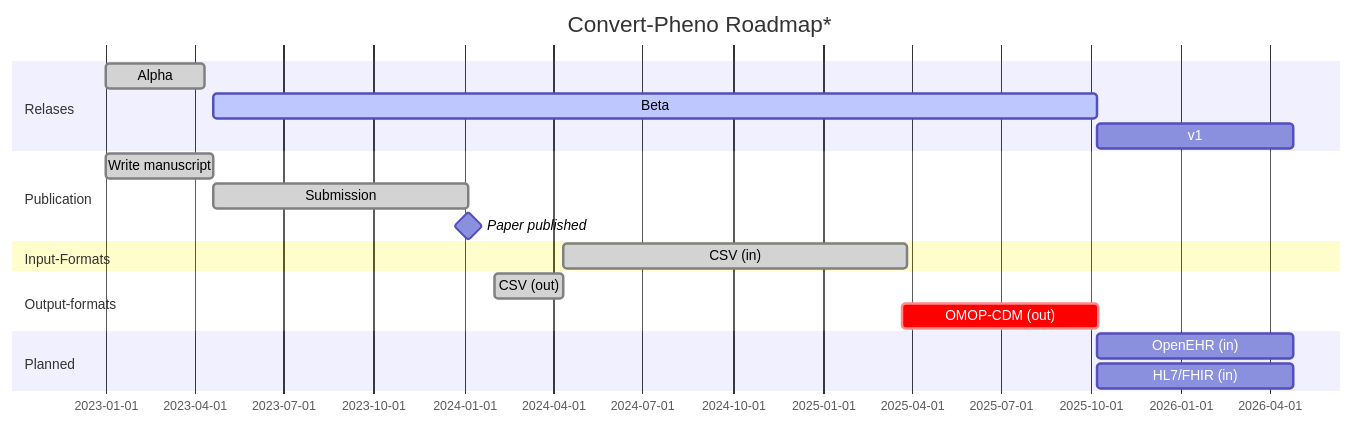
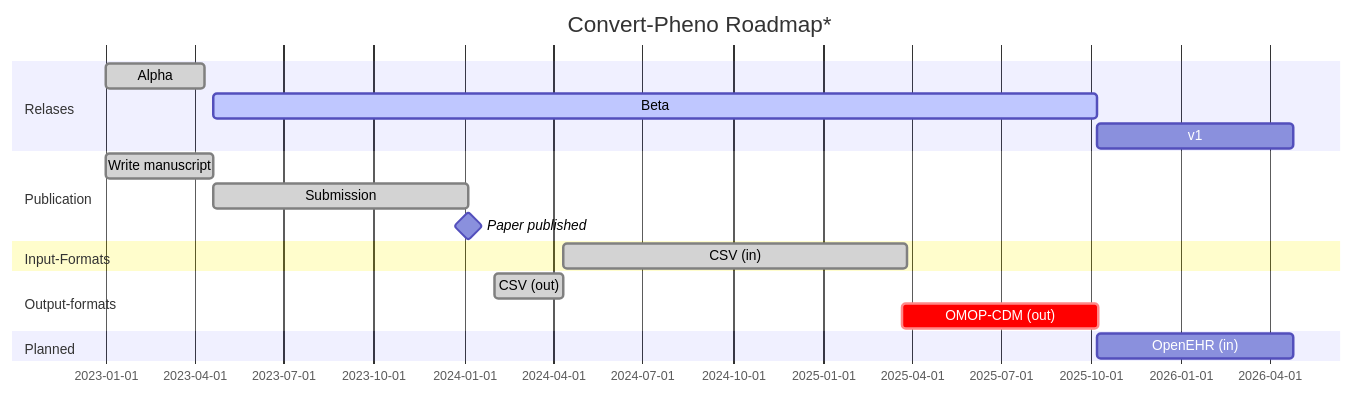
One commit to CNAG-Biomedical-Informatics/convert-pheno changed the diagram in docs/future-plans.md. Above: the diagram before and after it, drawn with Mermaid. The commit also changed 2 other files, not shown here.

````diff
--- a/docs/future-plans.md
+++ b/docs/future-plans.md
@@ -1,26 +1,25 @@
 ```mermaid
   gantt
     title Convert-Pheno Roadmap*
     dateFormat  YYYY-MM-DD
 
     section Relases
     Alpha                     :done,      r1, 2023-01-01, 100d
     Beta                      :active,    r2, after m1, 900d
     v1                        :           r3, after r2, 200d
 
     section Publication
     Write manuscript          :done,      m1, 2023-01-01, 110d
     Submission                :done,      m2, after m1, 260d
     Paper published           :milestone, after m2, 0d
 
     section Input-Formats
     CSV (in)        :done, f1, after f0,   350d
 
     section Output-formats
     CSV (out)       :done, f0, 2024-02-01, 70d
     OMOP-CDM (out)  :crit,     f2, 2025-03-22, 200d
 
     section Planned
     OpenEHR (in)    :          f3, after r2,   200d
-    HL7/FHIR (in)   :          f4, after r2,   200d
 ```
````
